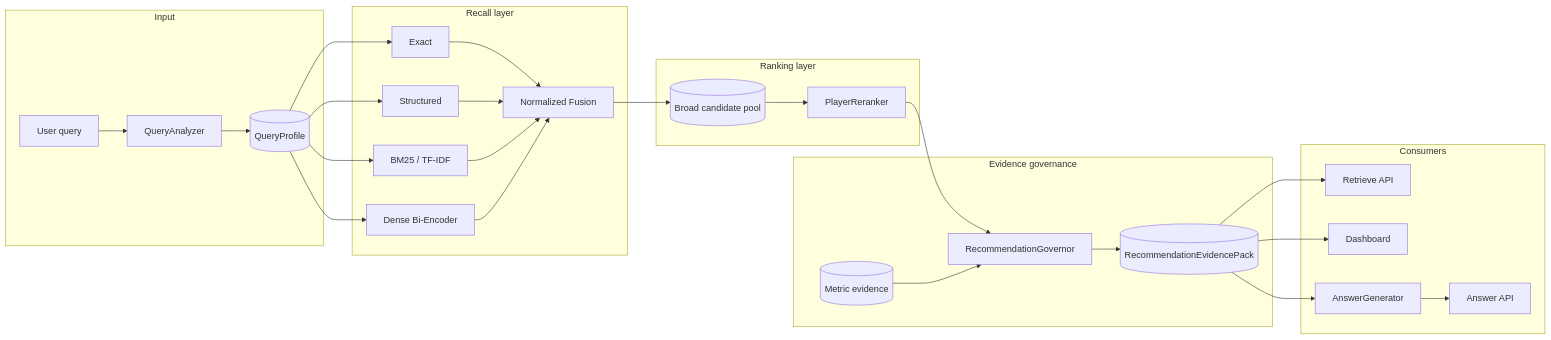
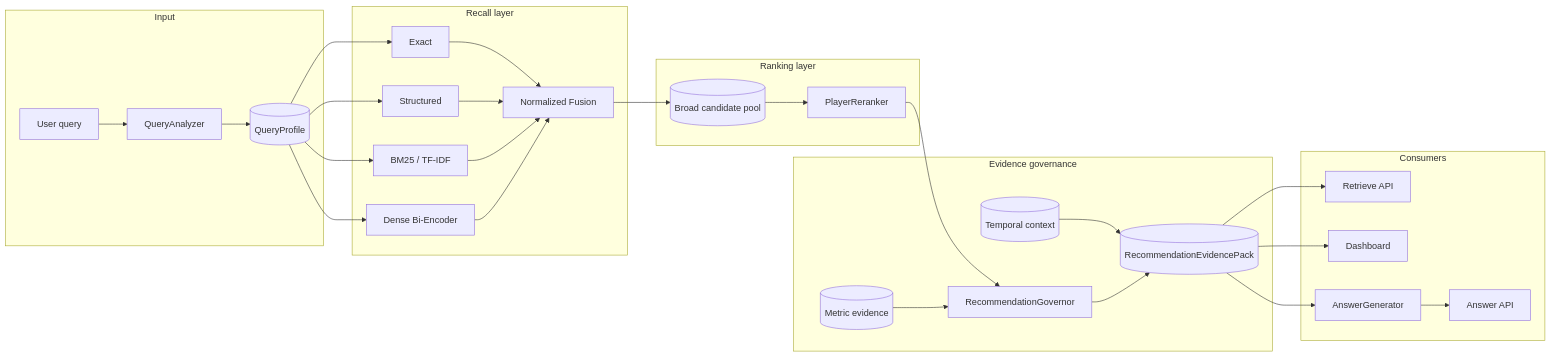
One commit to simonmang/ScoutRAG changed the first of 11 diagrams in docs/architecture.md. Above: the diagram before and after it, drawn with Mermaid. The commit also changed other lines of this file and 3 other files, not shown here.

Commit message:
docs: document API-Football pipeline, temporal context, and position refinement

````diff
--- a/docs/architecture.md
+++ b/docs/architecture.md
@@ -11,43 +11,45 @@
 ```mermaid
 flowchart LR
     subgraph Input
         Q[User query]
         QA[QueryAnalyzer]
         QP[(QueryProfile)]
         Q --> QA --> QP
     end
 
     subgraph Recall["Recall layer"]
         EX[Exact]
         ST[Structured]
         BM[BM25 / TF-IDF]
         DE[Dense Bi-Encoder]
         FU[Normalized Fusion]
         QP --> EX & ST & BM & DE
         EX & ST & BM & DE --> FU
     end
 
     subgraph Ranking["Ranking layer"]
         CA[(Broad candidate pool)]
         CE[PlayerReranker]
         FU --> CA --> CE
     end
 
     subgraph Governance["Evidence governance"]
         ME[(Metric evidence)]
+        TC[(Temporal context)]
         GO[RecommendationGovernor]
         CE --> GO
         ME --> GO
+        TC --> EP
         GO --> EP[(RecommendationEvidencePack)]
     end
 
     subgraph Consumers
         RA[Retrieve API]
         DA[Dashboard]
         AN[AnswerGenerator]
         AA[Answer API]
         EP --> RA
         EP --> DA
         EP --> AN --> AA
     end
 ```
````
